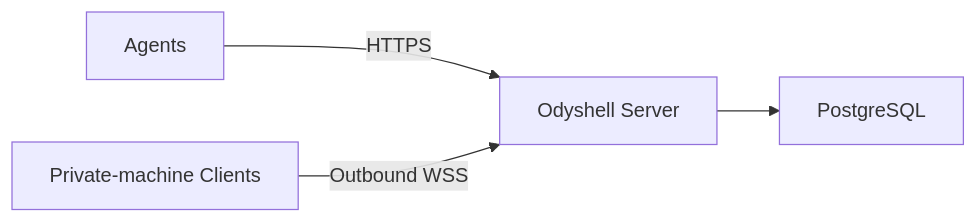
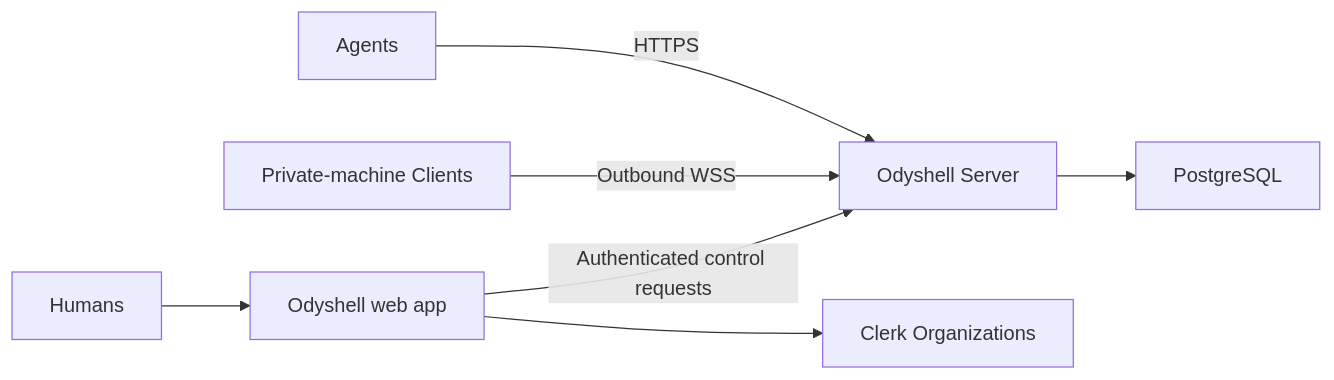
The diagram in docs/self-hosting.md (kapeka0/Odyshell), drawn with Mermaid before and after one commit. The commit also changed other lines of this file and 93 other files, not shown here.

````diff
--- a/docs/self-hosting.md
+++ b/docs/self-hosting.md
@@ -5,6 +6,9 @@
 ```mermaid
 flowchart LR
     A["Agents"] -->|"HTTPS"| S["Odyshell Server"]
     C["Private-machine Clients"] -->|"Outbound WSS"| S
+    H["Humans"] --> W["Odyshell web app"]
+    W -->|"Authenticated control requests"| S
+    W --> K["Clerk Organizations"]
     S --> P["PostgreSQL"]
 ```
````
